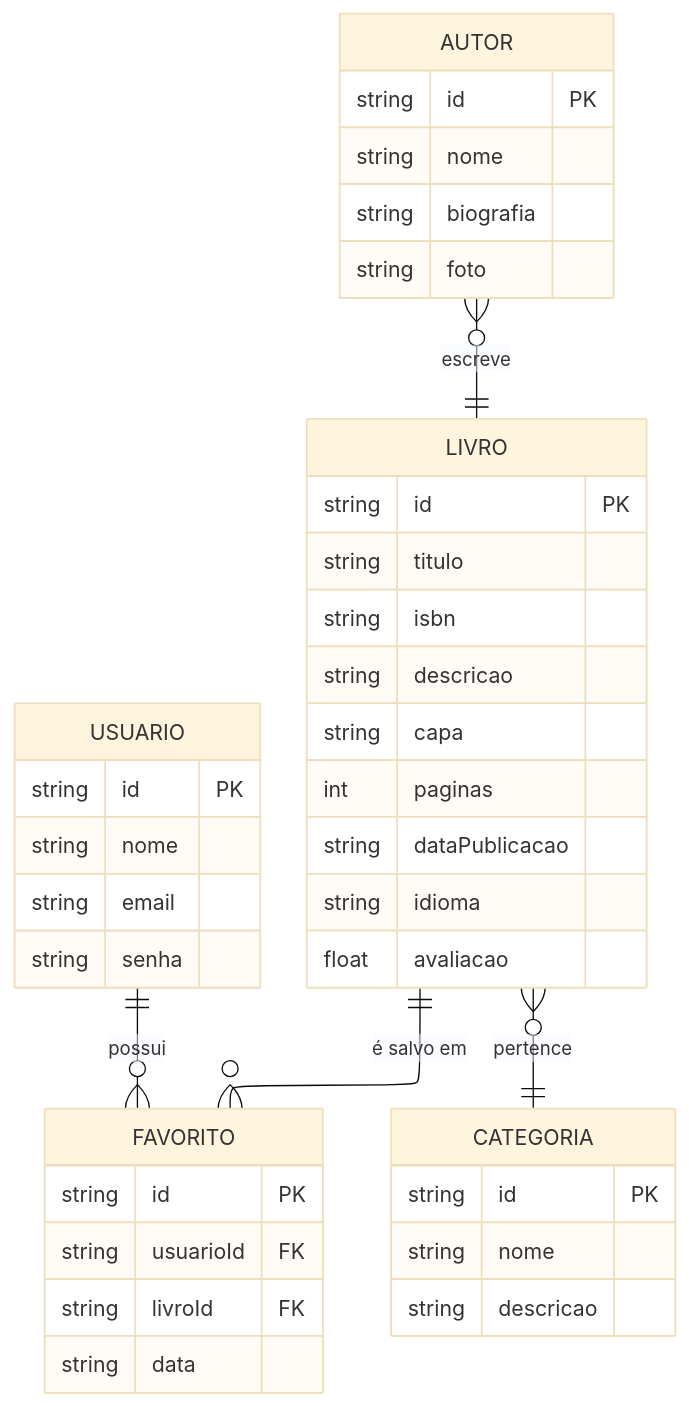
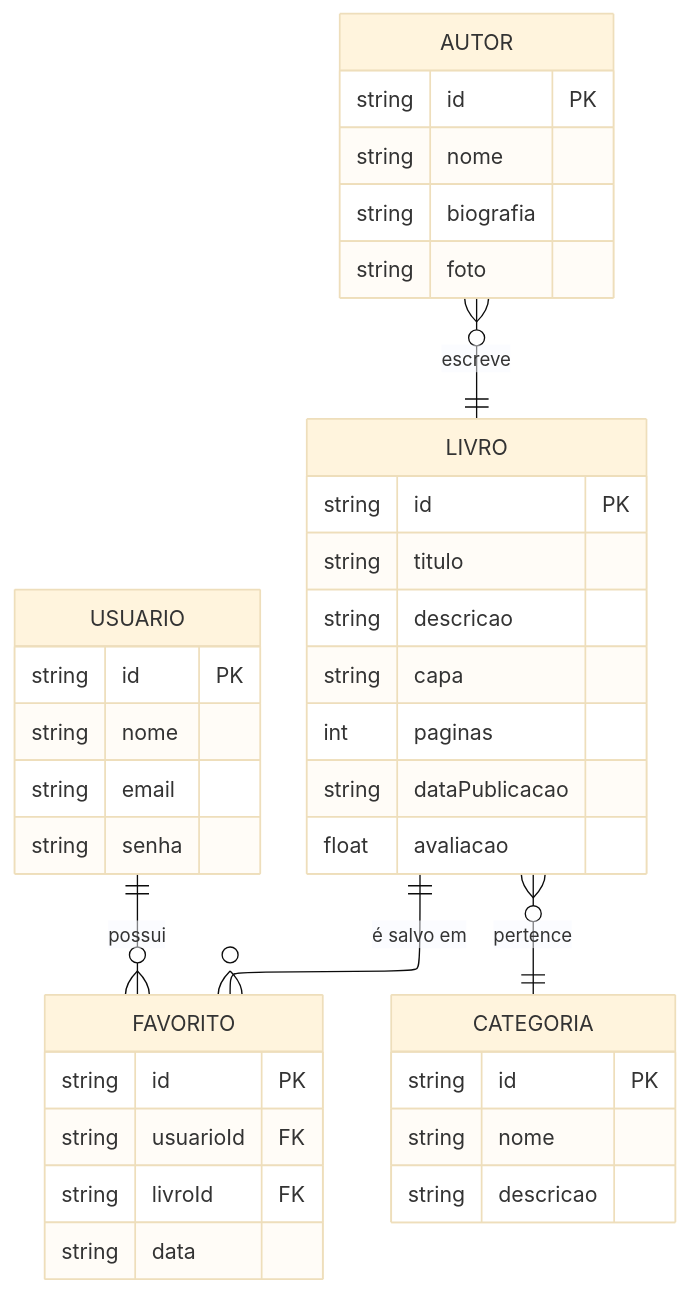
Before and after one commit to FoolishOrange/letterbooked: the diagram in docs/architecture.md, drawn with Mermaid (base theme).

````diff
--- a/docs/architecture.md
+++ b/docs/architecture.md
@@ -9,51 +9,49 @@
 ```mermaid
 ---
 config:
   layout: elk
 ---
 erDiagram
 	direction TB
 	USUARIO {
 		string id PK ""  
 		string nome  ""  
 		string email  ""  
 		string senha  ""  
 	}
 
 	FAVORITO {
 		string id PK ""  
 		string usuarioId FK ""  
 		string livroId FK ""  
 		string data  ""  
 	}
 
 	AUTOR {
 		string id PK ""  
 		string nome  ""  
 		string biografia  ""  
 		string foto  ""  
 	}
 
 	CATEGORIA {
 		string id PK ""  
 		string nome  ""  
 		string descricao  ""  
 	}
 
 	LIVRO {
 		string id PK ""  
 		string titulo  ""  
-		string isbn  ""  
 		string descricao  ""  
 		string capa  ""  
 		int paginas  ""  
 		string dataPublicacao  ""  
-		string idioma  ""  
 		float avaliacao  ""  
 	}
 
 	USUARIO||--o{FAVORITO:"possui"
 	LIVRO||--o{FAVORITO:"é salvo em"
 	AUTOR}o--||LIVRO:"escreve"
 	LIVRO}o--||CATEGORIA:"pertence"
 ```
````
